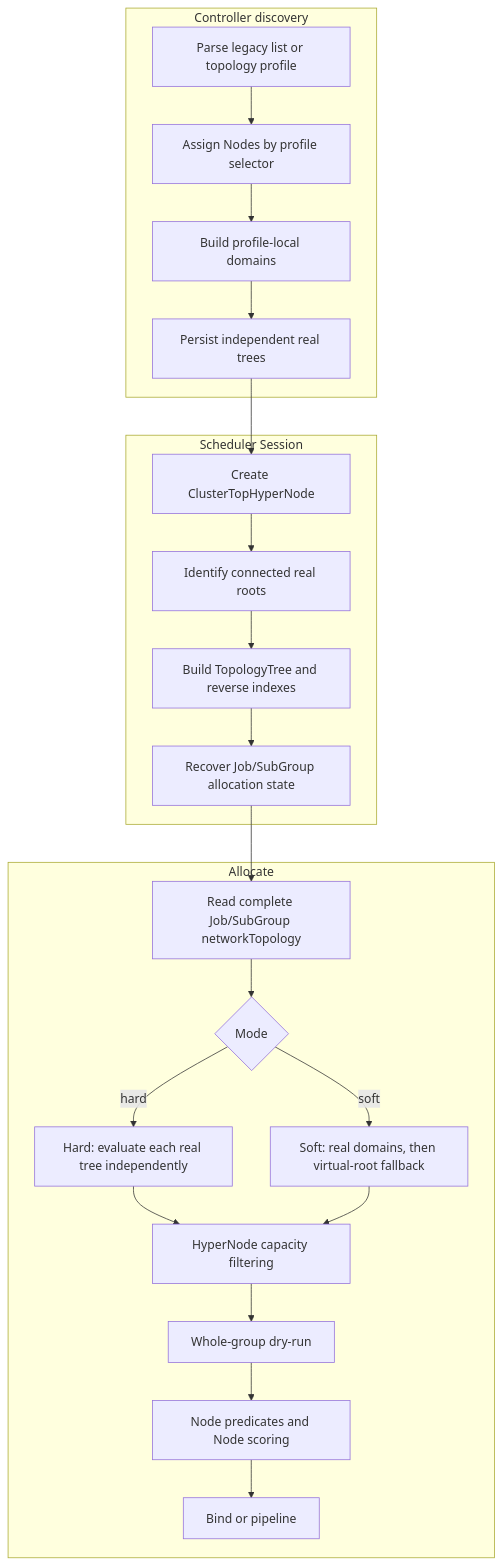
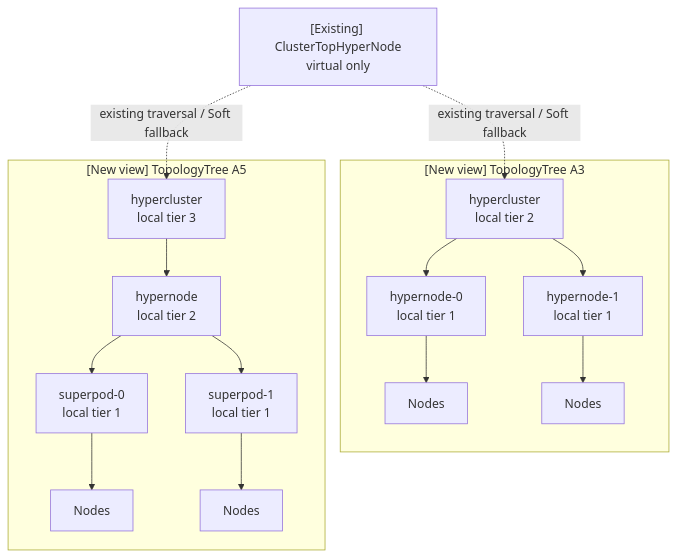
One commit to volcano-sh/volcano changed the second of 13 diagrams in docs/design/mixed-depth-hypernode-topology.md. Above: the diagram before and after it, drawn with Mermaid. The commit also changed other lines of this file, not shown here.

Commit message:
docs: expand mixed-depth HyperNode topology proposal

````diff
--- a/docs/design/mixed-depth-hypernode-topology.md
+++ b/docs/design/mixed-depth-hypernode-topology.md
@@ -508,38 +366,29 @@
 ```mermaid
 flowchart TB
-    subgraph discovery["Controller discovery"]
-        D1["Parse legacy list or topology profile"]
-        D2["Assign Nodes by profile selector"]
-        D3["Build profile-local domains"]
-        D4["Persist independent real trees"]
-        D1 --> D2 --> D3 --> D4
+    V["[Existing] ClusterTopHyperNode<br/>virtual only"]
+
+    subgraph A3["[New view] TopologyTree A3"]
+        A3R["hypercluster<br/>local tier 2"]
+        A3H1["hypernode-0<br/>local tier 1"]
+        A3H2["hypernode-1<br/>local tier 1"]
+        A3N1["Nodes"]
+        A3N2["Nodes"]
+        A3R --> A3H1 --> A3N1
+        A3R --> A3H2 --> A3N2
     end
 
-    subgraph session["Scheduler Session"]
-        S1["Create ClusterTopHyperNode"]
-        S2["Identify connected real roots"]
-        S3["Build TopologyTree and reverse indexes"]
-        S4["Recover Job/SubGroup allocation state"]
-        S1 --> S2 --> S3 --> S4
+    subgraph A5["[New view] TopologyTree A5"]
+        A5R["hypercluster<br/>local tier 3"]
+        A5H["hypernode<br/>local tier 2"]
+        A5S1["superpod-0<br/>local tier 1"]
+        A5S2["superpod-1<br/>local tier 1"]
+        A5N1["Nodes"]
+        A5N2["Nodes"]
+        A5R --> A5H
+        A5H --> A5S1 --> A5N1
+        A5H --> A5S2 --> A5N2
     end
 
-    subgraph allocate["Allocate"]
-        A1["Read complete Job/SubGroup networkTopology"]
-        A2{Mode}
-        A3["Hard: evaluate each real tree independently"]
-        A4["Soft: real domains, then virtual-root fallback"]
-        A5["HyperNode capacity filtering"]
-        A6["Whole-group dry-run"]
-        A7["Node predicates and Node scoring"]
-        A8["Bind or pipeline"]
-        A1 --> A2
-        A2 -->|hard| A3
-        A2 -->|soft| A4
-        A3 --> A5
-        A4 --> A5
-        A5 --> A6 --> A7 --> A8
-    end
-
-    D4 --> S1
-    S4 --> A1
+    V -. existing traversal / Soft fallback .-> A3R
+    V -. existing traversal / Soft fallback .-> A5R
 ```
````
